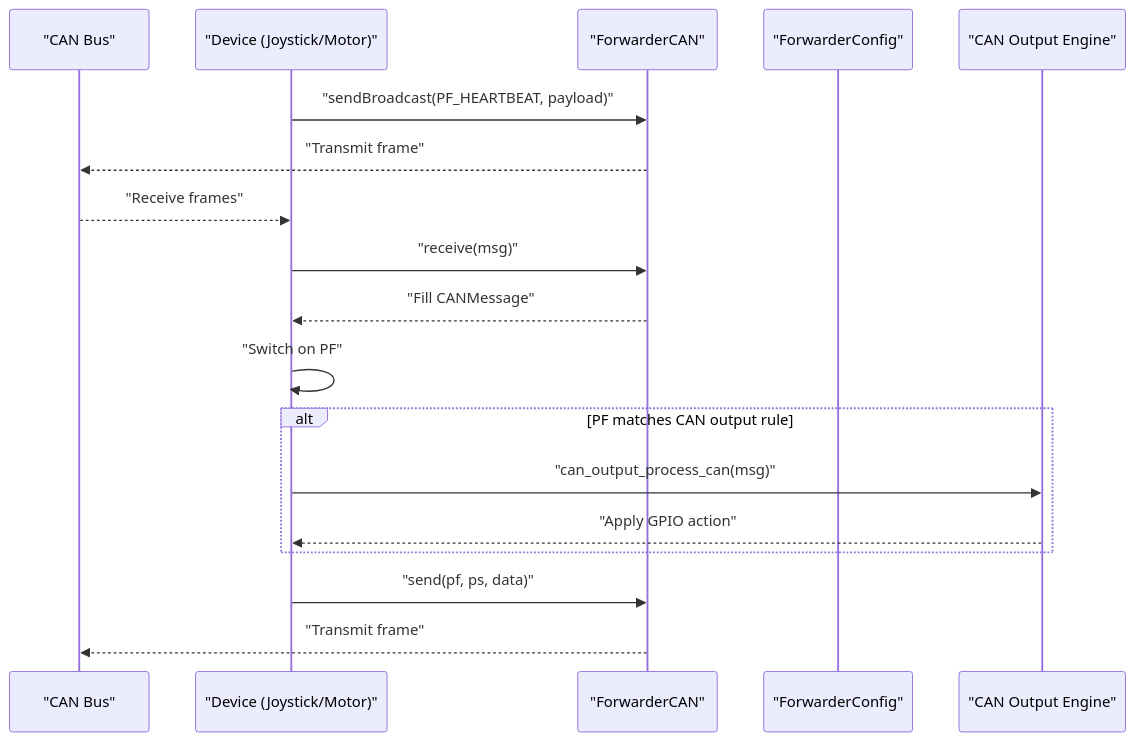
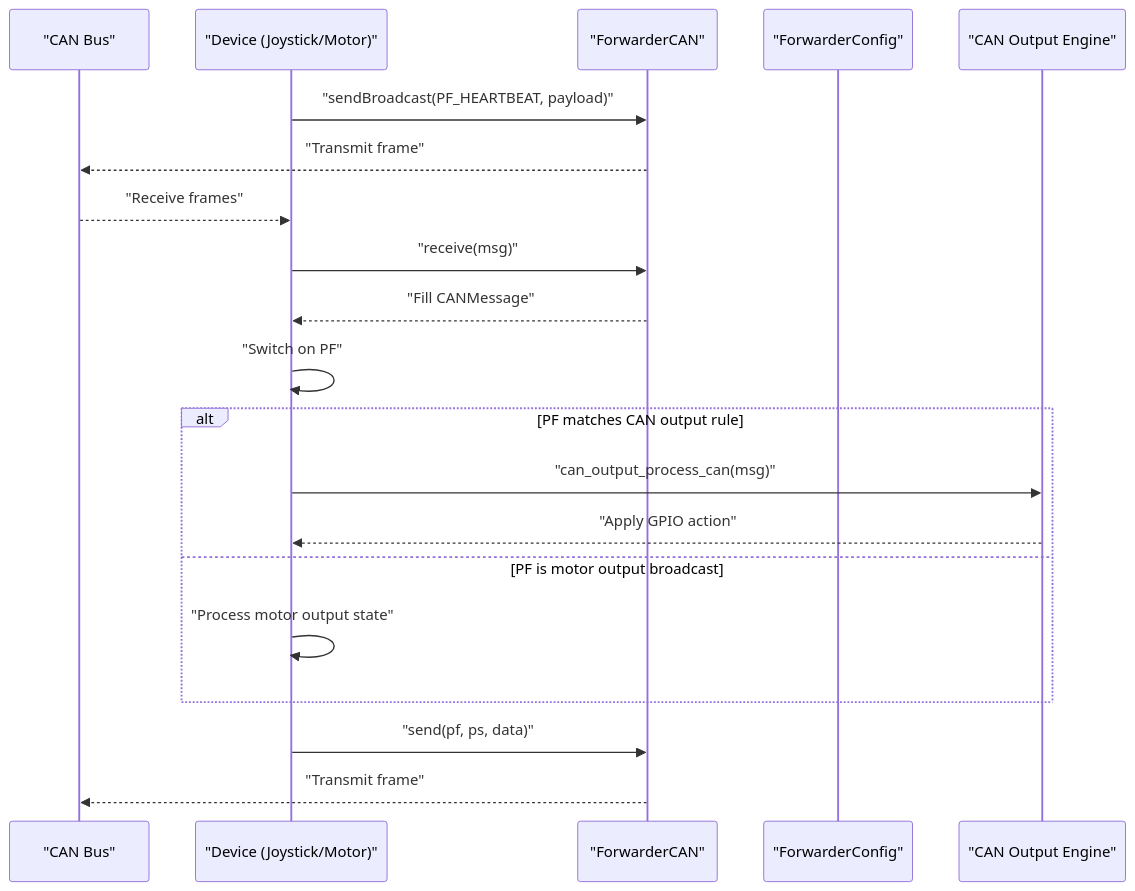
The second of 5 diagrams in .qoder/repowiki/en/content/API Reference/CAN Message Protocol.md (gunicsba/ESP_CAN_ECU_joystick_collection), drawn with Mermaid before and after one commit. The commit also changed other lines of this file and 13 other files, not shown here.

````diff
--- a/.qoder/repowiki/en/content/API Reference/CAN Message Protocol.md
+++ b/.qoder/repowiki/en/content/API Reference/CAN Message Protocol.md
@@ -97,20 +97,22 @@
 ```mermaid
 sequenceDiagram
 participant Bus as "CAN Bus"
 participant Dev as "Device (Joystick/Motor)"
 participant CAN as "ForwarderCAN"
 participant CFG as "ForwarderConfig"
 participant CO as "CAN Output Engine"
 Dev->>CAN : "sendBroadcast(PF_HEARTBEAT, payload)"
 CAN-->>Bus : "Transmit frame"
 Bus-->>Dev : "Receive frames"
 Dev->>CAN : "receive(msg)"
 CAN-->>Dev : "Fill CANMessage"
 Dev->>Dev : "Switch on PF"
 alt PF matches CAN output rule
 Dev->>CO : "can_output_process_can(msg)"
 CO-->>Dev : "Apply GPIO action"
+else PF is motor output broadcast
+Dev->>Dev : "Process motor output state"
 end
 Dev->>CAN : "send(pf, ps, data)"
 CAN-->>Bus : "Transmit frame"
 ```
````
